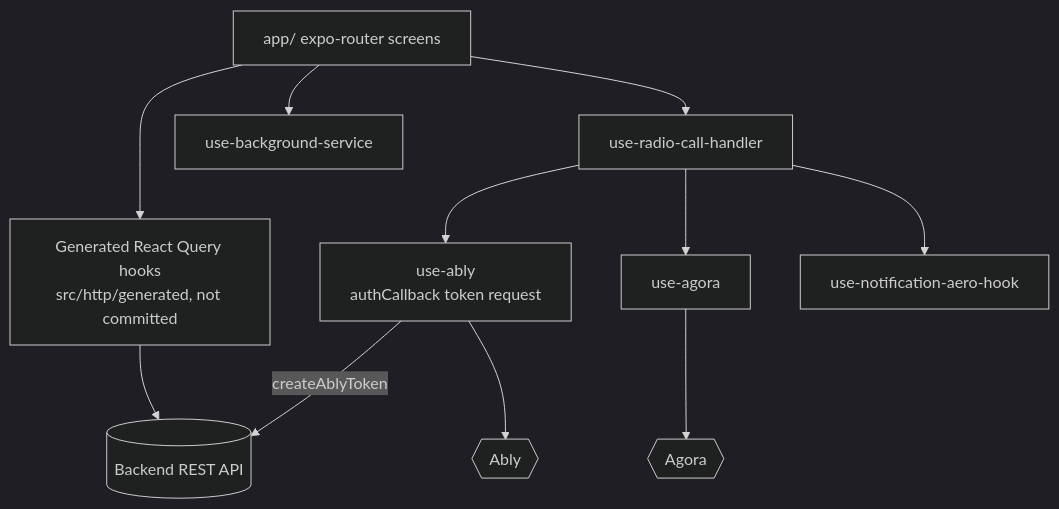
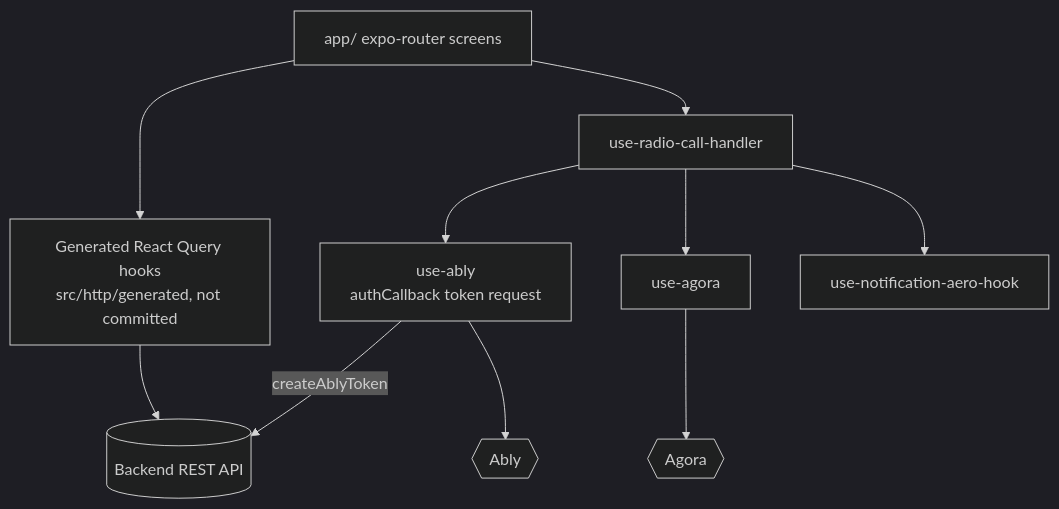
One commit to mkwitko/ambulance-fleet-comms changed the second of 3 diagrams in README.md. Above: the diagram before and after it, drawn with Mermaid (dark theme). The commit also changed other lines of this file and 13 other files, not shown here.

````diff
--- a/README.md
+++ b/README.md
@@ -39,13 +39,12 @@
 ```mermaid
 flowchart TB
   Screens[app/ expo-router screens] --> Query[Generated React Query hooks<br/>src/http/generated, not committed]
   Query --> API[(Backend REST API)]
   Screens --> Radio[use-radio-call-handler]
   Radio --> AblyHook[use-ably<br/>authCallback token request]
   Radio --> AgoraHook[use-agora]
   Radio --> Sound[use-notification-aero-hook]
   AblyHook -->|createAblyToken| API
   AblyHook --> Ably{{Ably}}
   AgoraHook --> Agora{{Agora}}
-  Screens --> BG[use-background-service]
 ```
````
